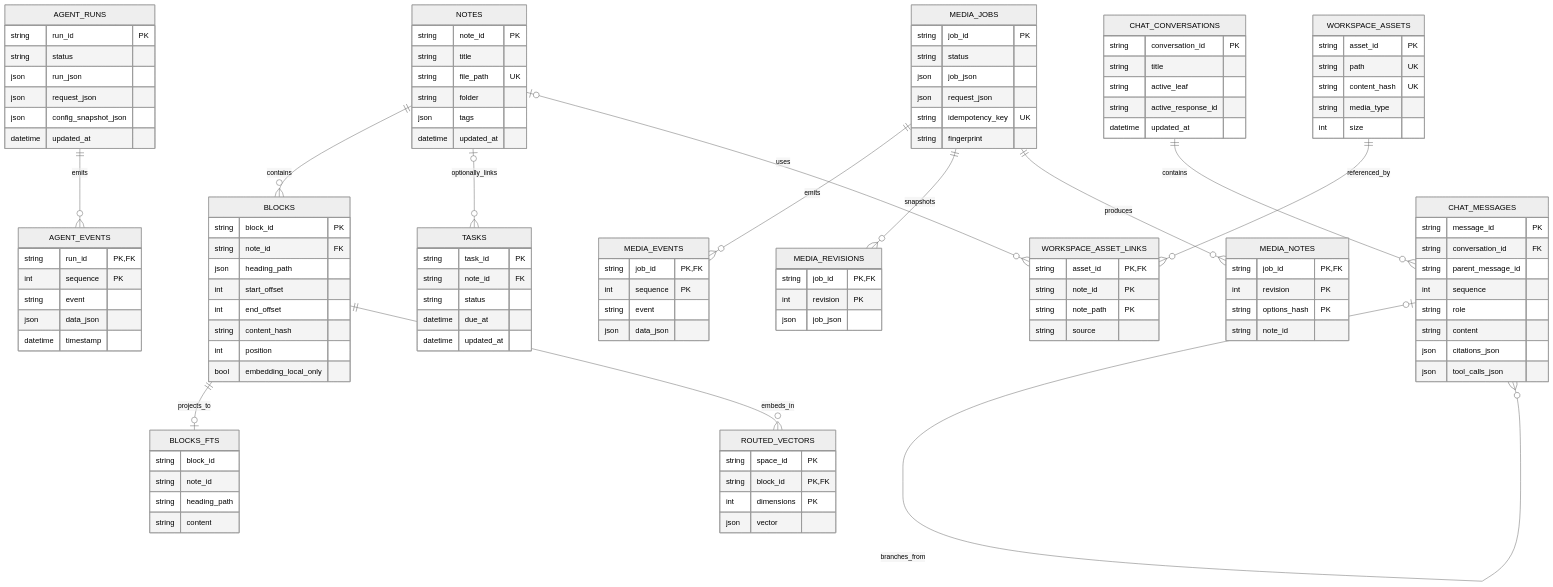
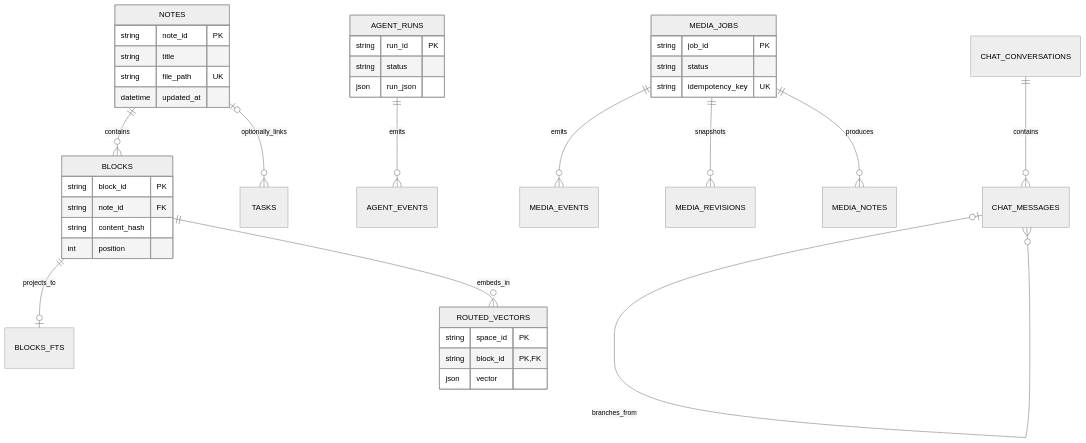
One commit to KiriAky107/OpenNexus changed the fourth of 4 diagrams in README.md. Above: the diagram before and after it, drawn with Mermaid (neutral theme). The commit also changed other lines of this file, not shown here.

````diff
--- a/README.md
+++ b/README.md
@@ -269,114 +188,33 @@
     MEDIA_JOBS ||--o{ MEDIA_NOTES : produces
     CHAT_CONVERSATIONS ||--o{ CHAT_MESSAGES : contains
     CHAT_MESSAGES o|--o{ CHAT_MESSAGES : branches_from
-    WORKSPACE_ASSETS ||--o{ WORKSPACE_ASSET_LINKS : referenced_by
-    NOTES o|--o{ WORKSPACE_ASSET_LINKS : uses
 
     NOTES {
         string note_id PK
         string title
         string file_path UK
-        string folder
-        json tags
         datetime updated_at
     }
     BLOCKS {
         string block_id PK
         string note_id FK
-        json heading_path
-        int start_offset
-        int end_offset
         string content_hash
         int position
-        bool embedding_local_only
-    }
-    BLOCKS_FTS {
-        string block_id
-        string note_id
-        string heading_path
-        string content
     }
     ROUTED_VECTORS {
         string space_id PK
         string block_id PK, FK
-        int dimensions PK
         json vector
-    }
-    TASKS {
-        string task_id PK
-        string note_id FK
-        string status
-        datetime due_at
-        datetime updated_at
     }
     AGENT_RUNS {
         string run_id PK
         string status
         json run_json
-        json request_json
-        json config_snapshot_json
-        datetime updated_at
-    }
-    AGENT_EVENTS {
-        string run_id PK, FK
-        int sequence PK
-        string event
-        json data_json
-        datetime timestamp
     }
     MEDIA_JOBS {
         string job_id PK
         string status
-        json job_json
-        json request_json
         string idempotency_key UK
-        string fingerprint
     }
-    MEDIA_EVENTS {
-        string job_id PK, FK
-        int sequence PK
-        string event
-        json data_json
-    }
-    MEDIA_REVISIONS {
-        string job_id PK, FK
-        int revision PK
-        json job_json
-    }
-    MEDIA_NOTES {
-        string job_id PK, FK
-        int revision PK
-        string options_hash PK
-        string note_id
-    }
-    CHAT_CONVERSATIONS {
-        string conversation_id PK
-        string title
-        string active_leaf
-        string active_response_id
-        datetime updated_at
-    }
-    CHAT_MESSAGES {
-        string message_id PK
-        string conversation_id FK
-        string parent_message_id
-        int sequence
-        string role
-        string content
-        json citations_json
-        json tool_calls_json
-    }
-    WORKSPACE_ASSETS {
-        string asset_id PK
-        string path UK
-        string content_hash UK
-        string media_type
-        int size
-    }
-    WORKSPACE_ASSET_LINKS {
-        string asset_id PK, FK
-        string note_id PK
-        string note_path PK
-        string source
-    }
+
 ```
````
